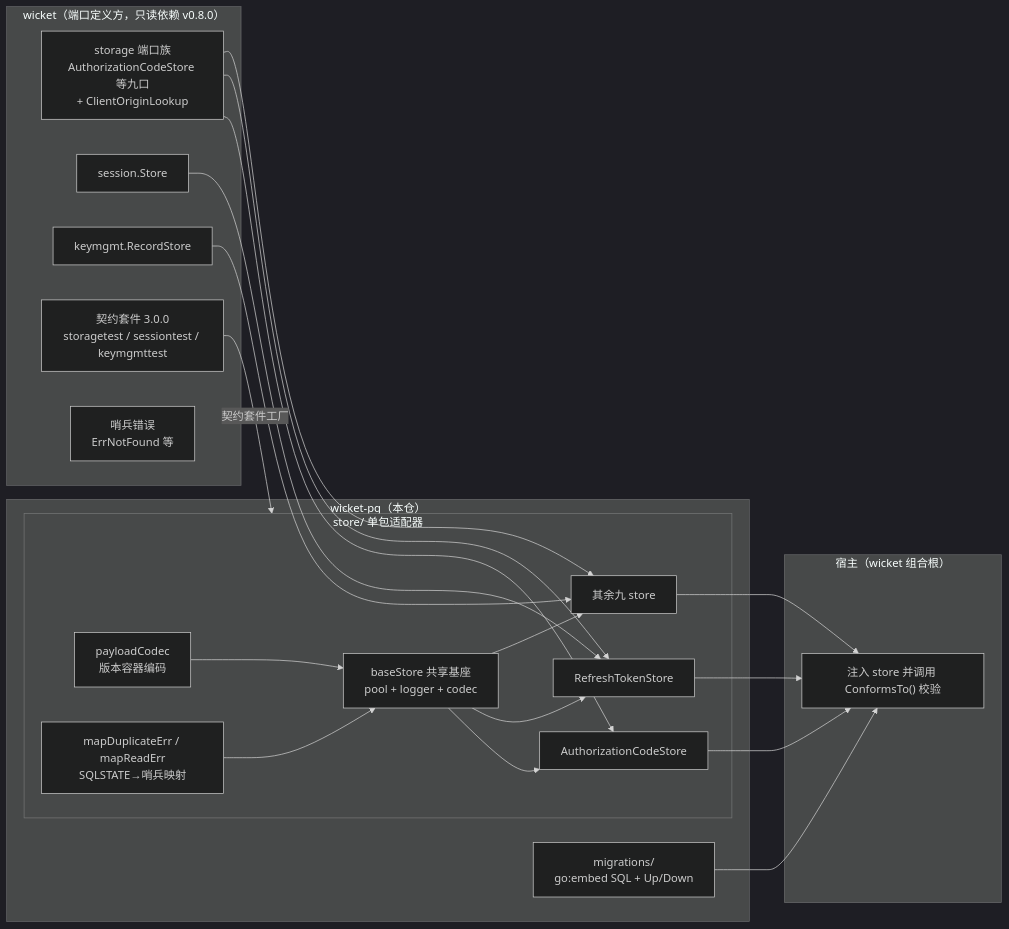
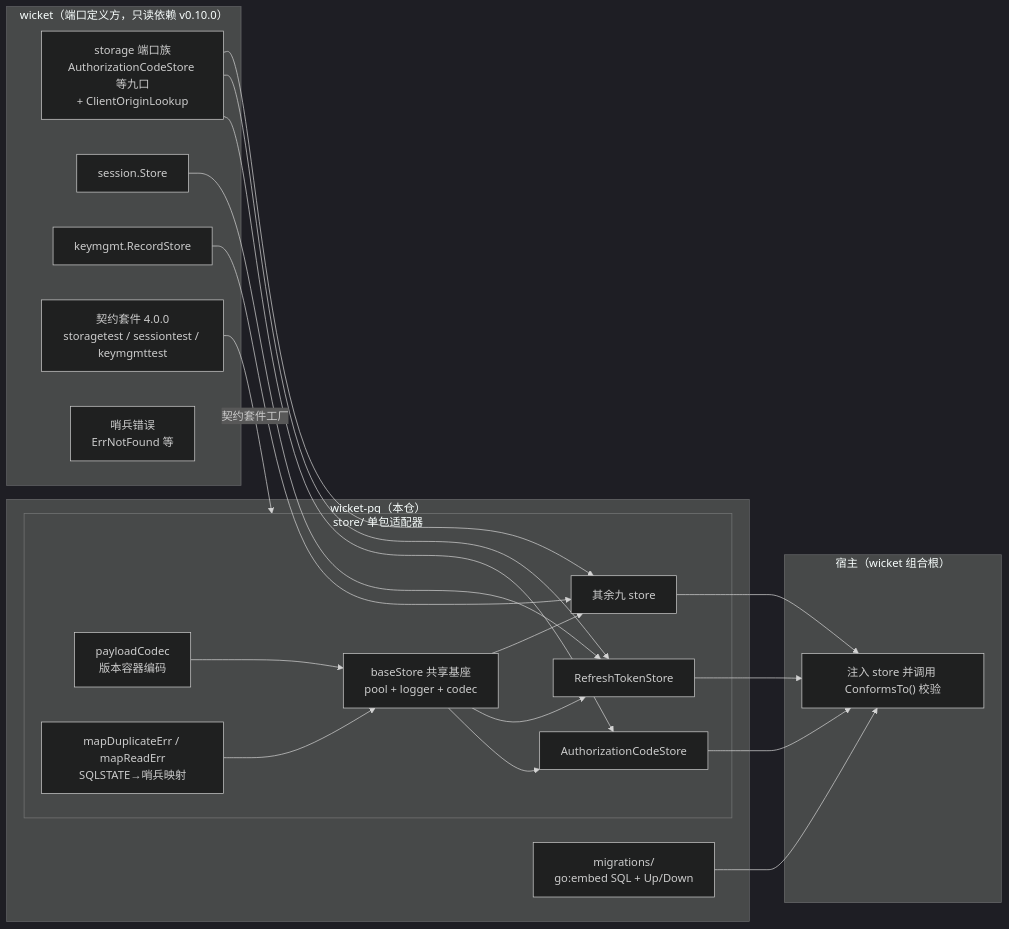
Before and after one commit to gonewx/wicket-pg: the first of 3 diagrams in docs/architecture.md, drawn with Mermaid (dark theme). The commit also changed other lines of this file and 10 other files, not shown here.

````diff
--- a/docs/architecture.md
+++ b/docs/architecture.md
@@ -7,36 +7,36 @@
 ```mermaid
 flowchart LR
-    subgraph wicket["wicket（端口定义方，只读依赖 v0.8.0）"]
+    subgraph wicket["wicket（端口定义方，只读依赖 v0.10.0）"]
         P1["storage 端口族<br/>AuthorizationCodeStore 等九口<br/>+ ClientOriginLookup"]
         P2["session.Store"]
         P3["keymgmt.RecordStore"]
-        S["契约套件 3.0.0<br/>storagetest / sessiontest / keymgmttest"]
+        S["契约套件 4.0.0<br/>storagetest / sessiontest / keymgmttest"]
         E["哨兵错误<br/>ErrNotFound 等"]
     end
 
     subgraph adapter["wicket-pg（本仓）"]
         subgraph store["store/ 单包适配器"]
             B["baseStore 共享基座<br/>pool + logger + codec"]
             A1["AuthorizationCodeStore"]
             A2["RefreshTokenStore"]
             A3["其余九 store"]
             C["payloadCodec<br/>版本容器编码"]
             ERR["mapDuplicateErr / mapReadErr<br/>SQLSTATE→哨兵映射"]
         end
         M["migrations/<br/>go:embed SQL + Up/Down"]
     end
 
     subgraph host["宿主（wicket 组合根）"]
         H["注入 store 并调用 ConformsTo() 校验"]
     end
 
     P1 --> A1 & A2 & A3
     P2 --> A2
     P3 --> A3
     B --> A1 & A2 & A3
     C --> B
     ERR --> B
     S -->|"契约套件工厂"| store
     M --> H
     A1 & A2 & A3 --> H
 ```
````
